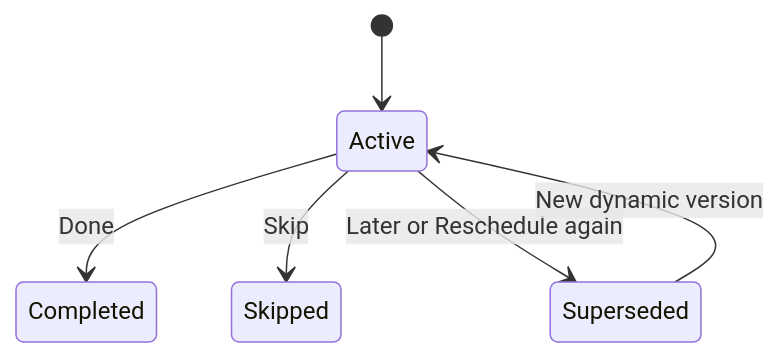
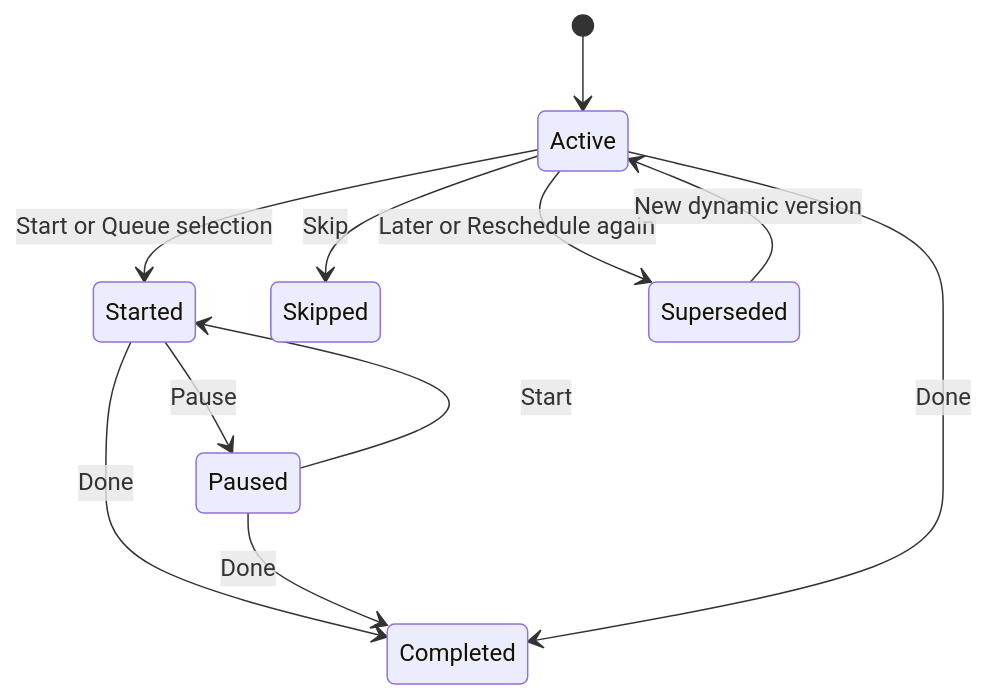
The second of 2 diagrams in README.md (Pouya-Mansournia/PulseTask), drawn with Mermaid before and after one commit. The commit also changed other lines of this file and 3 other files, not shown here.

````diff
--- a/README.md
+++ b/README.md
@@ -273,8 +278,13 @@
 ```mermaid
 stateDiagram-v2
     [*] --> Active
+    Active --> Started: Start or Queue selection
+    Started --> Paused: Pause
+    Paused --> Started: Start
+    Started --> Completed: Done
+    Paused --> Completed: Done
     Active --> Completed: Done
     Active --> Skipped: Skip
     Active --> Superseded: Later or Reschedule again
     Superseded --> Active: New dynamic version
 ```
````
